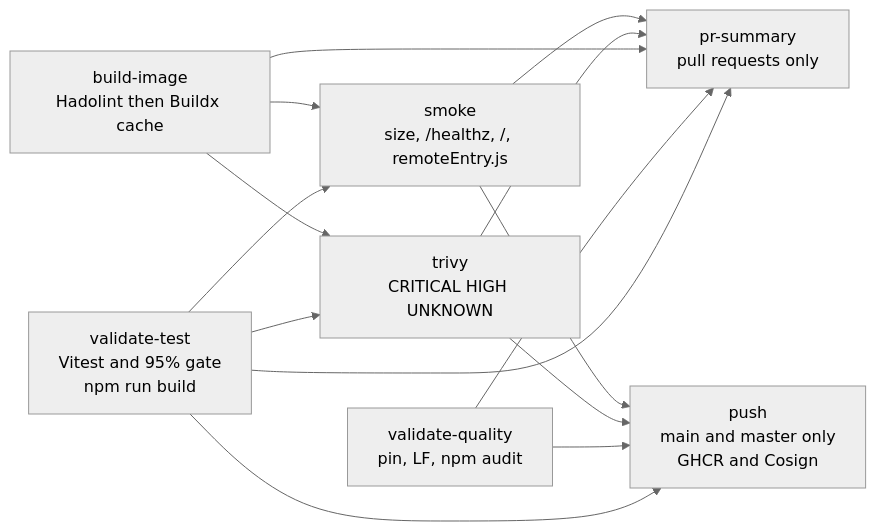
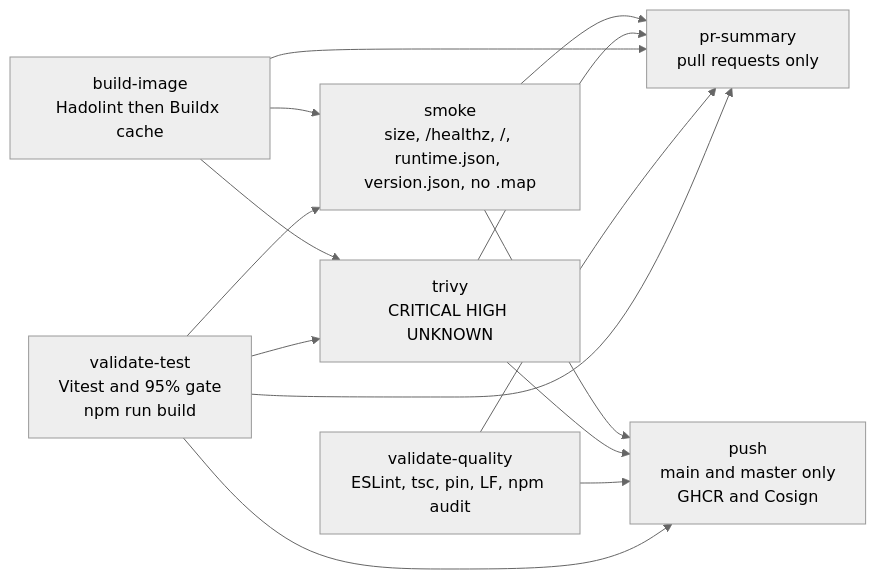
The diagram in docs/pipeline/mermaid/ci-flow.mmd (BCBP-SOLUTIONS-FZC-LLC/web-shell), drawn with Mermaid (neutral theme) before and after one commit. The commit also changed 112 other files, not shown here.

```diff
--- a/docs/pipeline/mermaid/ci-flow.mmd
+++ b/docs/pipeline/mermaid/ci-flow.mmd
@@ -1,22 +1,22 @@
 flowchart LR
     test["validate-test\nVitest and 95% gate\nnpm run build"]
-    quality["validate-quality\npin, LF, npm audit"]
+    quality["validate-quality\nESLint, tsc, pin, LF, npm audit"]
     build["build-image\nHadolint then Buildx cache"]
     trivy["trivy\nCRITICAL HIGH UNKNOWN"]
-    smoke["smoke\nsize, /healthz, /, remoteEntry.js"]
+    smoke["smoke\nsize, /healthz, /, runtime.json, version.json, no .map"]
     summary["pr-summary\npull requests only"]
     push["push\nmain and master only\nGHCR and Cosign"]
 
     test --> trivy
     build --> trivy
     test --> smoke
     build --> smoke
     test --> summary
     quality --> summary
     build --> summary
     trivy --> summary
     smoke --> summary
     test --> push
     quality --> push
     trivy --> push
     smoke --> push
```
